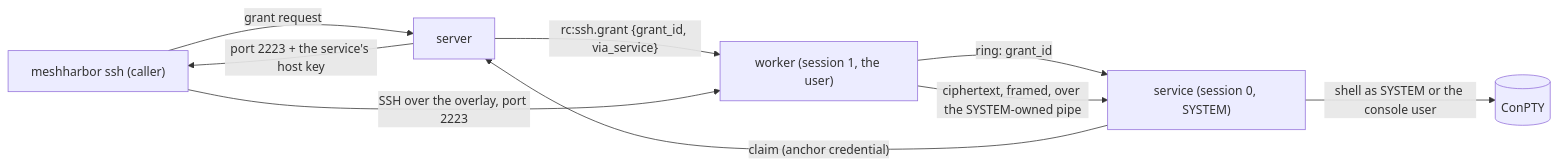
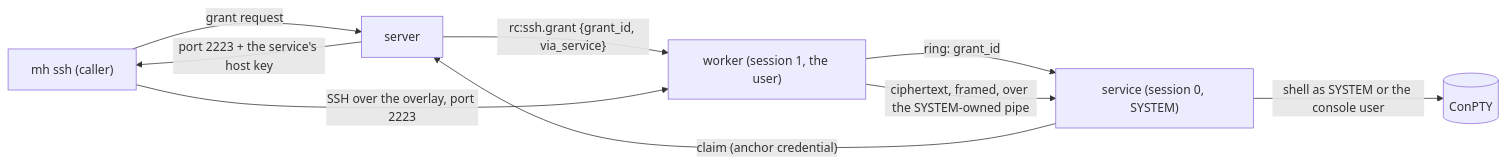
The diagram in docs/fr/FR-105-meshharbor-ssh-as-system.md (jk-zhang-meta/MeshHarbor), drawn with Mermaid before and after one commit. The commit also changed other lines of this file and 323 other files, not shown here.

````diff
--- a/docs/fr/FR-105-meshharbor-ssh-as-system.md
+++ b/docs/fr/FR-105-meshharbor-ssh-as-system.md
@@ -89,11 +89,11 @@
 ```mermaid
 flowchart LR
-  C["meshharbor ssh (caller)"] -- "grant request" --> S[server]
+  C["mh ssh (caller)"] -- "grant request" --> S[server]
   S -- "rc:ssh.grant {grant_id, via_service}" --> W["worker (session 1, the user)"]
   W -- "ring: grant_id" --> V["service (session 0, SYSTEM)"]
   V -- "claim (anchor credential)" --> S
   S -- "port 2223 + the service's host key" --> C
   C -- "SSH over the overlay, port 2223" --> W
   W -- "ciphertext, framed, over the SYSTEM-owned pipe" --> V
   V -- "shell as SYSTEM or the console user" --> P[(ConPTY)]
 ```
````
